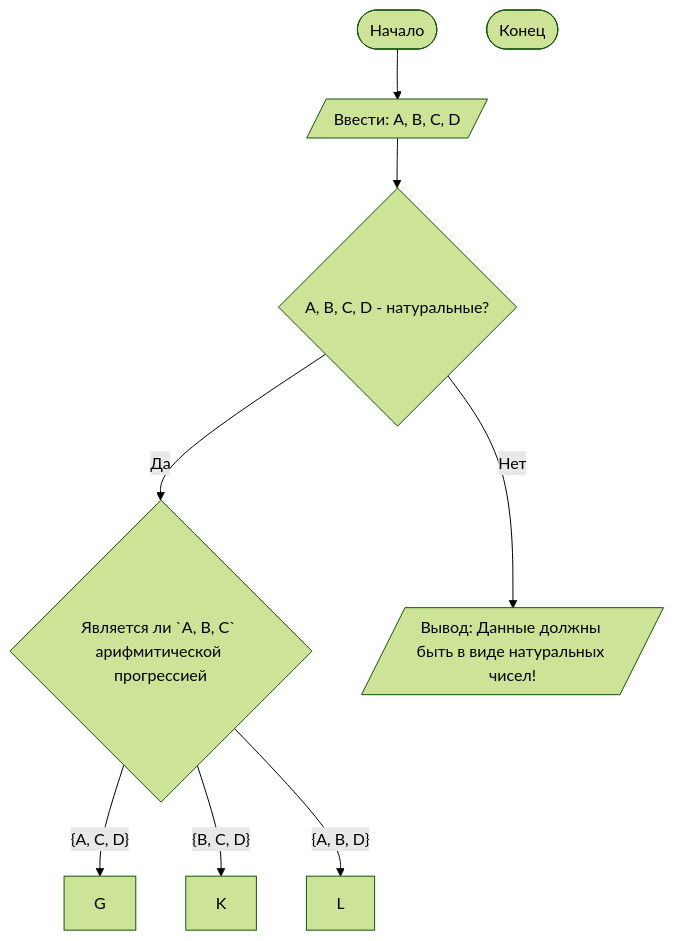
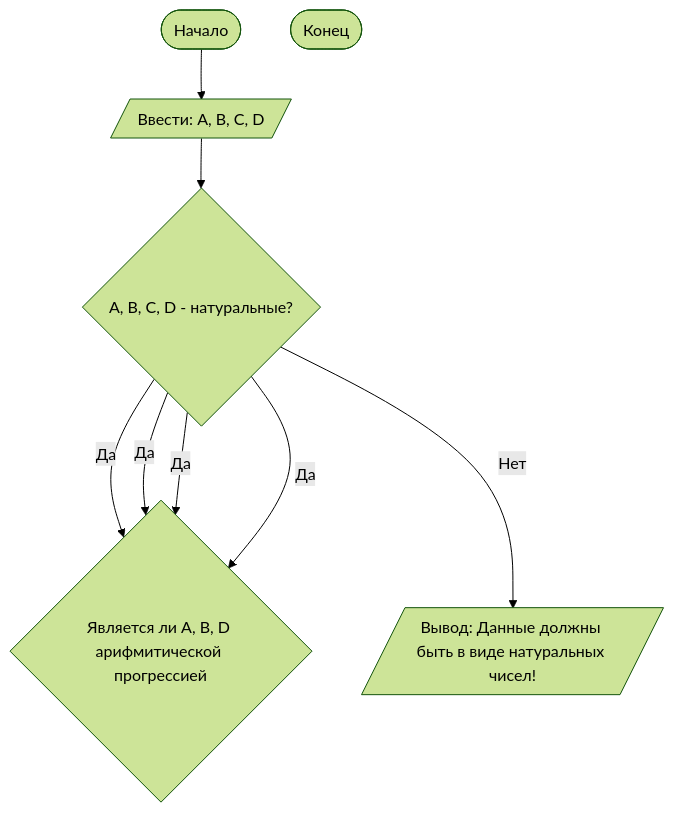
The diagram in README.md (Matvey-Kh/Lab1), drawn with Mermaid (forest theme) before and after one commit.

````diff
--- a/README.md
+++ b/README.md
@@ -92,14 +92,14 @@
 ```mermaid
 graph TD
     A([Начало]) --> B[/Ввести: A, B, C, D/]
     B --> C{A, B, C, D - натуральные?}
-    C -- Да --> H{Является ли `A, B, C` арифмитической прогрессией}
+    C -- Да --> H{Является ли A, B, C арифмитической прогрессией}
     C -- Нет --> D[/Вывод: Данные должны быть в виде натуральных чисел!/]
-    H -- {A, C, D} --> G
-    H -- {B, C, D} --> K
-    H -- {A, B, D} --> L
+    C -- Да --> H{Является ли A, C, D арифмитической прогрессией}
+    C -- Да --> H{Является ли B, C, D арифмитической прогрессией}
+    C -- Да --> H{Является ли A, B, D арифмитической прогрессией}
 
 
     Z([Конец])
 
 ```
````
